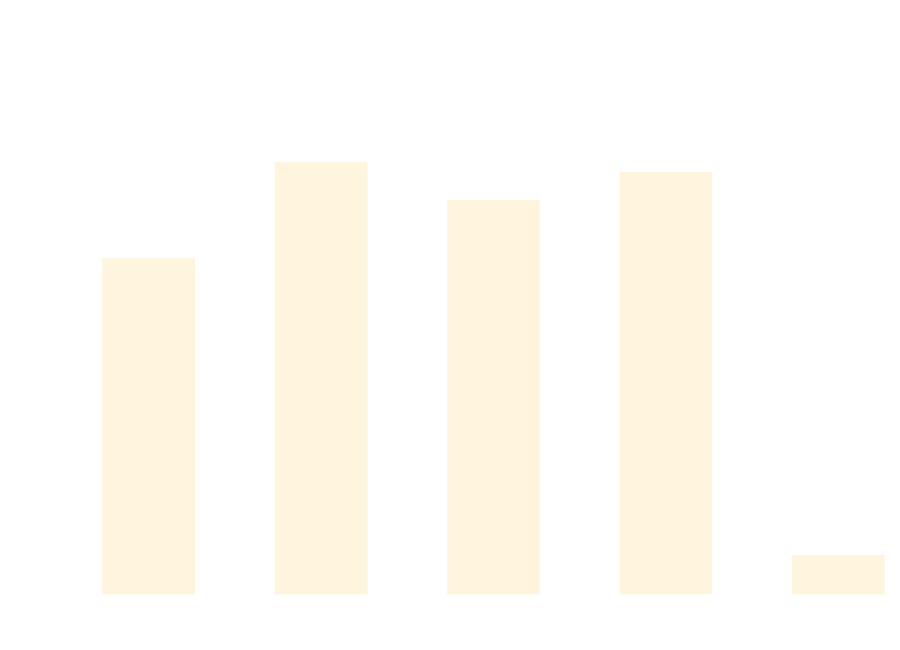
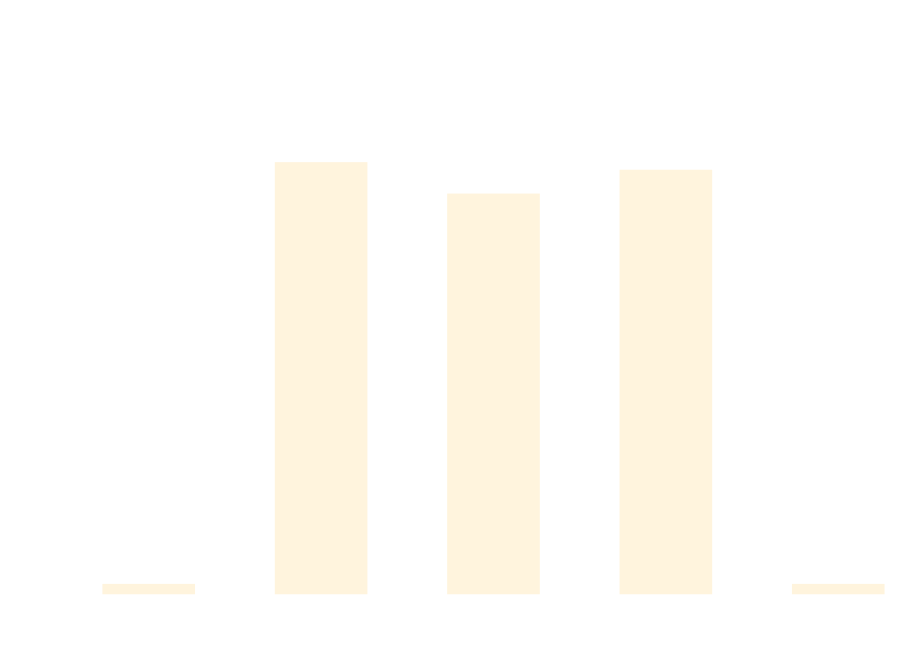
Before and after one commit to thomhurst/TUnit: the diagram in docs/docs/benchmarks/ScaleTests.md, drawn with Mermaid. The commit also changed other lines of this file and 16 other files, not shown here.

````diff
--- a/docs/docs/benchmarks/ScaleTests.md
+++ b/docs/docs/benchmarks/ScaleTests.md
@@ -27,37 +27,37 @@
 ```mermaid
 %%{init: {
   'theme':'base',
   'themeVariables': {
     'primaryColor': '#2563eb',
     'primaryTextColor': '#ffffff',
     'primaryBorderColor': '#1e40af',
     'lineColor': '#6b7280',
     'secondaryColor': '#7c3aed',
     'tertiaryColor': '#dc2626',
     'background': '#ffffff',
     'mainBkg': '#2563eb',
     'secondBkg': '#7c3aed',
     'tertiaryBkg': '#dc2626',
     'clusterBkg': '#f3f4f6',
     'edgeLabelBackground': '#ffffff',
     'tertiaryTextColor': '#1f2937',
     'pie1': '#2563eb',
     'pie2': '#7c3aed',
     'pie3': '#dc2626',
     'pie4': '#f59e0b',
     'pie5': '#10b981',
     'pie6': '#06b6d4',
     'pie7': '#ec4899',
     'pie8': '#6366f1',
     'pie9': '#84cc16',
     'pie10': '#f97316',
     'pie11': '#14b8a6',
     'pie12': '#a855f7'
   }
 }}%%
 xychart-beta
   title "ScaleTests Performance Comparison"
   x-axis ["TUnit", "NUnit", "MSTest", "xUnit3", "TUnit_AOT"]
-  y-axis "Time (ms)" 0 --> 726
-  bar [467.07, 604.67, 550.35, 590.54, 41.26]
+  y-axis "Time (ms)" 0 --> 703
+  bar [0, 585.6, 542, 575.1, 0]
 ```
````
